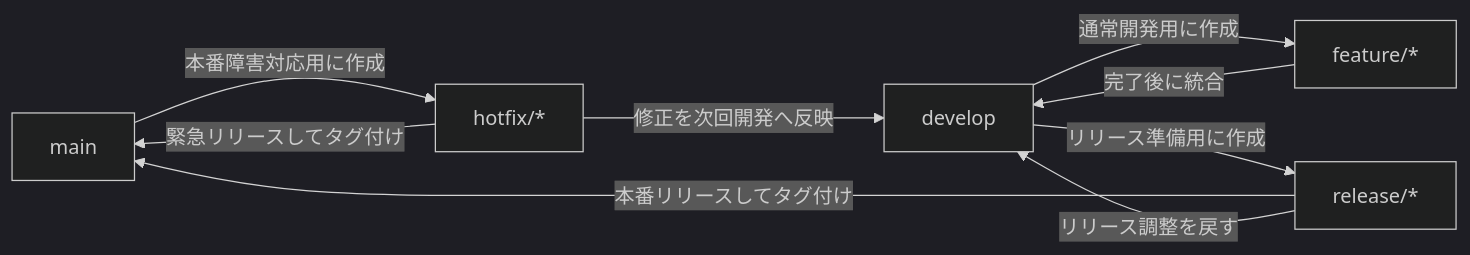
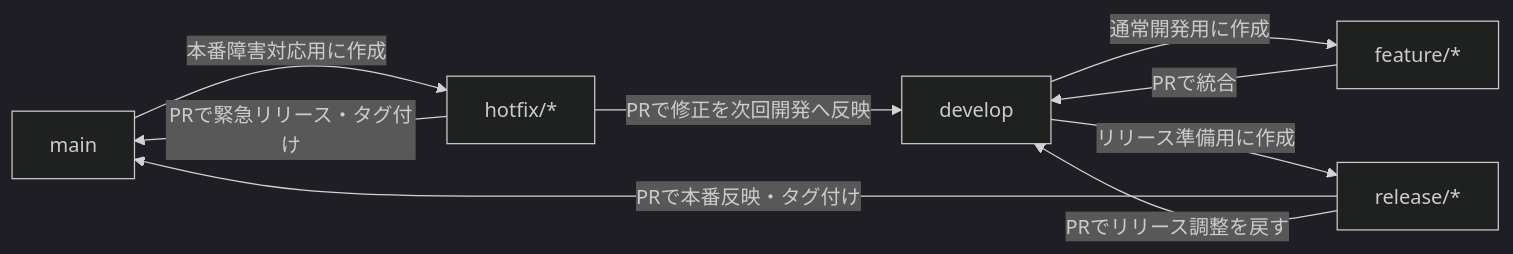
The first of 4 diagrams in git/GITFLOW_GUIDE.md (abi-shimoji/python-project-guidelines), drawn with Mermaid (dark theme) before and after one commit. The commit also changed other lines of this file, not shown here.

````diff
--- a/git/GITFLOW_GUIDE.md
+++ b/git/GITFLOW_GUIDE.md
@@ -9,17 +9,17 @@
 ```mermaid
 flowchart LR
   main[main]
   develop[develop]
   feature[feature/*]
   release[release/*]
   hotfix[hotfix/*]
 
   develop -->|通常開発用に作成| feature
-  feature -->|完了後に統合| develop
+  feature -->|PRで統合| develop
   develop -->|リリース準備用に作成| release
-  release -->|本番リリースしてタグ付け| main
-  release -->|リリース調整を戻す| develop
+  release -->|PRで本番反映・タグ付け| main
+  release -->|PRでリリース調整を戻す| develop
   main -->|本番障害対応用に作成| hotfix
-  hotfix -->|緊急リリースしてタグ付け| main
-  hotfix -->|修正を次回開発へ反映| develop
+  hotfix -->|PRで緊急リリース・タグ付け| main
+  hotfix -->|PRで修正を次回開発へ反映| develop
 ```
````
